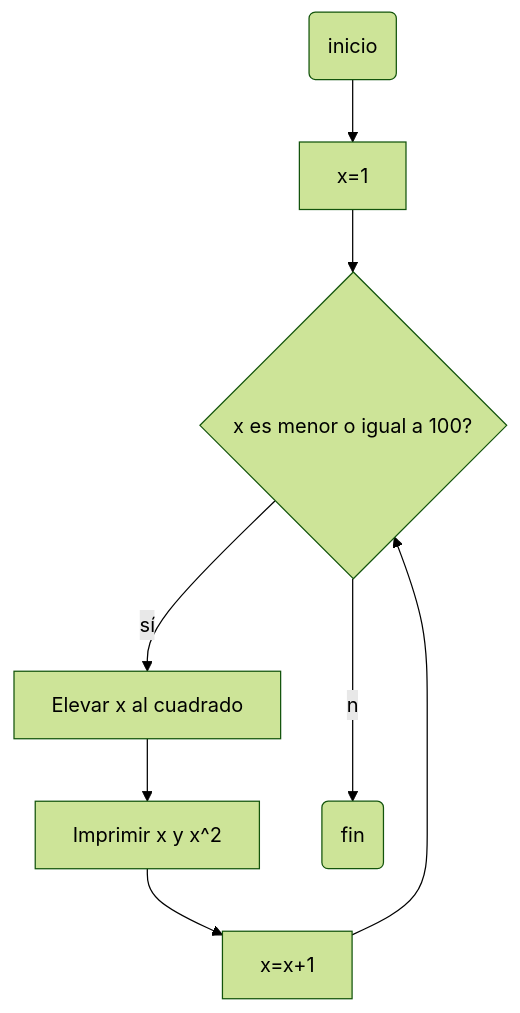
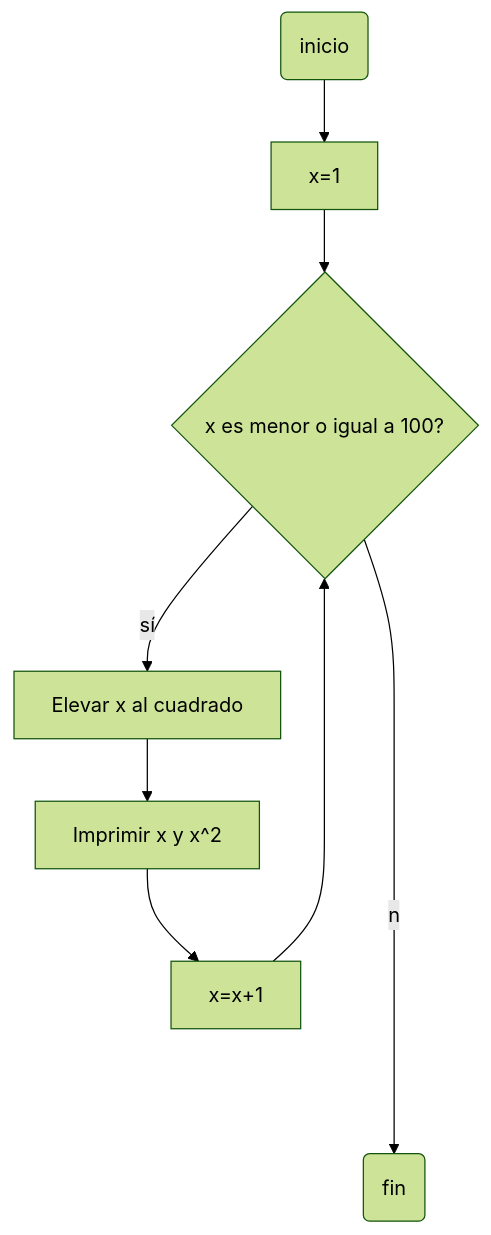
One commit to pjimenezq/while changed the first of 2 diagrams in README.md. Above: the diagram before and after it, drawn with Mermaid (forest theme). The commit also changed other lines of this file, not shown here.

````diff
--- a/README.md
+++ b/README.md
@@ -11,10 +11,10 @@
 ```mermaid
 flowchart TD
 A(inicio)-->B[x=1]
 B-->C{x es menor o igual a 100?}
 C--sí-->D[Elevar x al cuadrado]
 D-->J[Imprimir x y x^2]
 J-->F[x=x+1]
 F-->C
-C--no-->Z(fin)
+C--no----->Z(fin)
 ```
````
